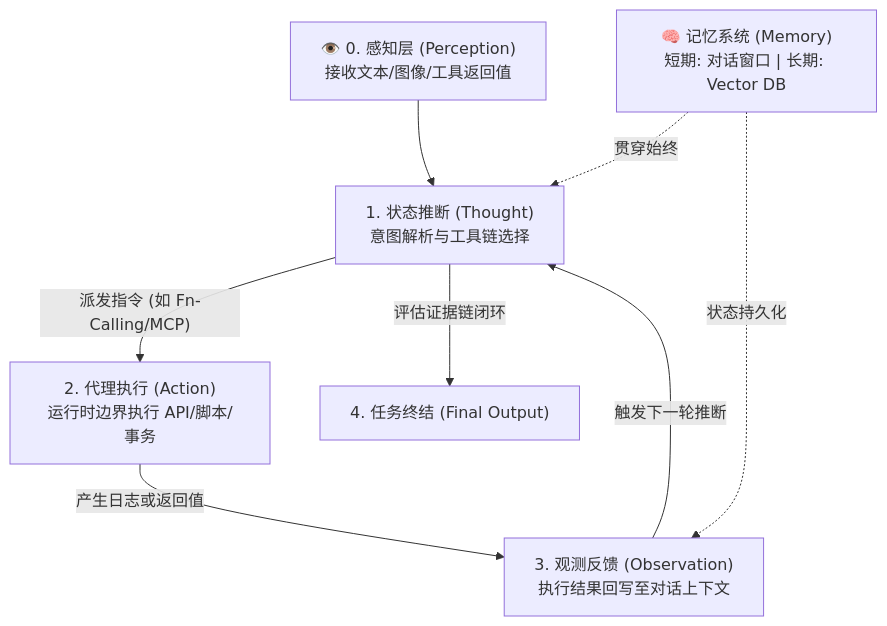
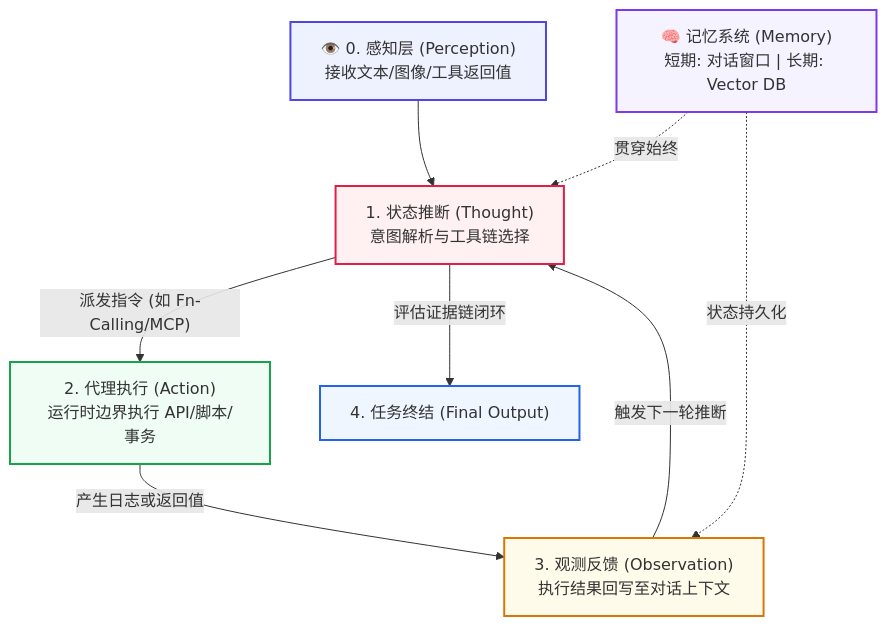
The eighth of 15 diagrams in doc/AI_Knowledge_Roadmap.md (wangchong2023/lang-chain-graph), drawn with Mermaid before and after one commit. The commit also changed other lines of this file, not shown here.

Commit message:
docs: update AI knowledge roadmap with new learning milestones

````diff
--- a/doc/AI_Knowledge_Roadmap.md
+++ b/doc/AI_Knowledge_Roadmap.md
@@ -406,11 +418,19 @@
    ```mermaid
    graph TD
        P["👁️ 0. 感知层 (Perception)<br>接收文本/图像/工具返回值"] --> T["1. 状态推断 (Thought)<br>意图解析与工具链选择"]
        T -- "派发指令 (如 Fn-Calling/MCP)" --> A["2. 代理执行 (Action)<br>运行时边界执行 API/脚本/事务"]
        A -- "产生日志或返回值" --> O["3. 观测反馈 (Observation)<br>执行结果回写至对话上下文"]
        O -- "触发下一轮推断" --> T
        T -- "评估证据链闭环" --> E["4. 任务终结 (Final Output)"]
 
-       M["🧠 记忆系统 (Memory)<br>短期: 对话窗口 | 长期: Vector DB"] -. "贯穿始终" .-> T
-       M -. "状态持久化" .-> O
+        M["🧠 记忆系统 (Memory)<br>短期: 对话窗口 | 长期: Vector DB"] -. "贯穿始终" .-> T
+        M -. "状态持久化" .-> O
+
+    %% 样式美化
+    style P fill:#eef2ff,stroke:#4f46e5,stroke-width:2px
+    style T fill:#fff1f2,stroke:#e11d48,stroke-width:2px
+    style A fill:#f0fdf4,stroke:#16a34a,stroke-width:2px
+    style O fill:#fffbeb,stroke:#d97706,stroke-width:2px
+    style E fill:#eff6ff,stroke:#2563eb,stroke-width:2px
+    style M fill:#f5f3ff,stroke:#7c3aed,stroke-width:2px
    ```
````
